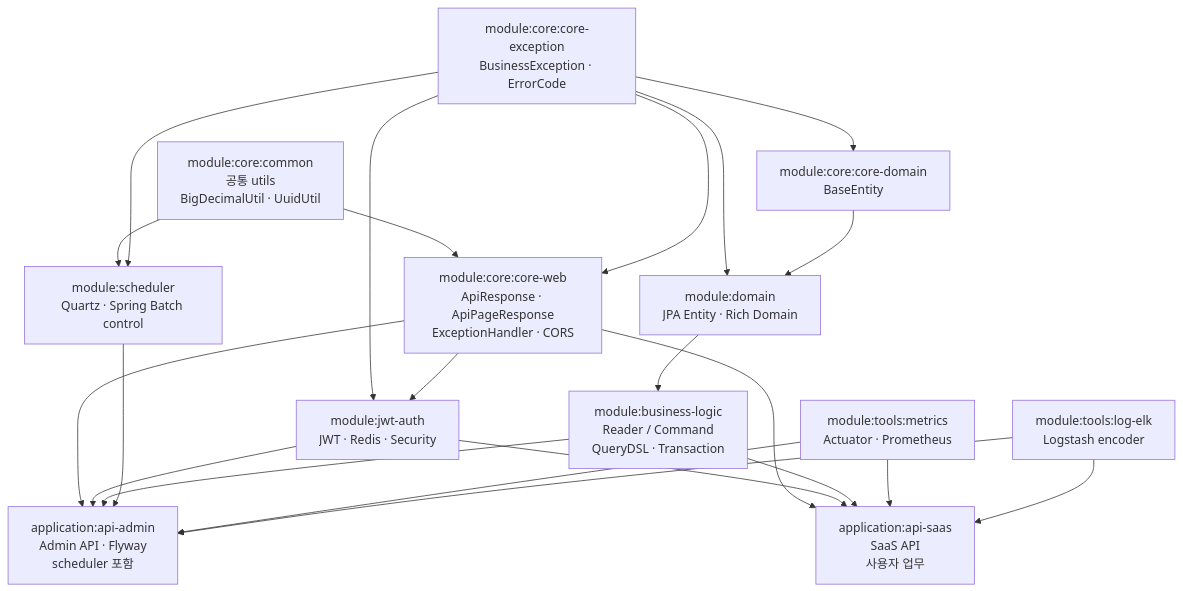
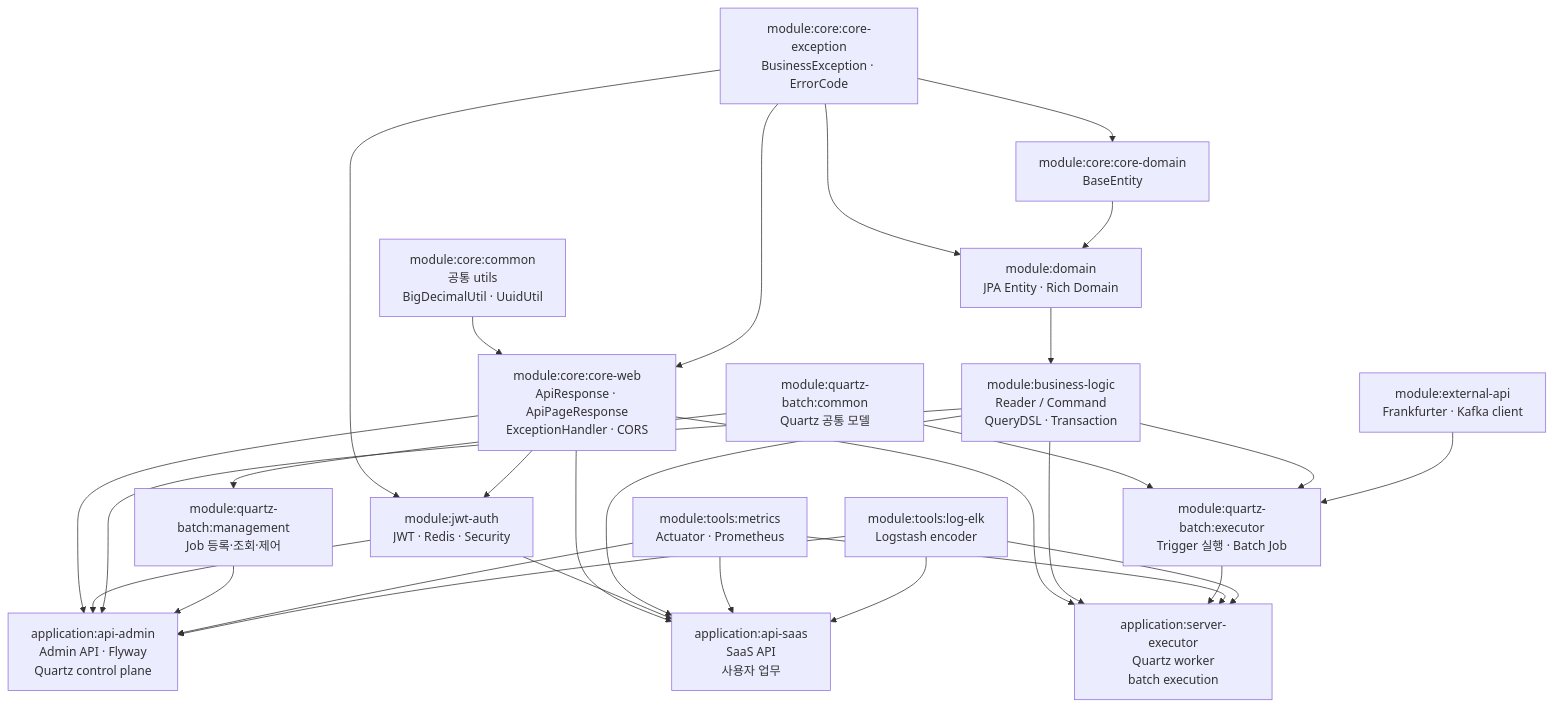
The diagram in core-banking/README.md (wantedhooni/portfolio), drawn with Mermaid before and after one commit. The commit also changed other lines of this file and 3 other files, not shown here.

````diff
--- a/core-banking/README.md
+++ b/core-banking/README.md
@@ -130,39 +138,51 @@
 ```mermaid
 flowchart TD
     common["module:core:common<br/>공통 utils<br/>BigDecimalUtil · UuidUtil"]
     exception["module:core:core-exception<br/>BusinessException · ErrorCode"]
     coreDomain["module:core:core-domain<br/>BaseEntity"]
     web["module:core:core-web<br/>ApiResponse · ApiPageResponse<br/>ExceptionHandler · CORS"]
     domain["module:domain<br/>JPA Entity · Rich Domain"]
     logic["module:business-logic<br/>Reader / Command<br/>QueryDSL · Transaction"]
     jwt["module:jwt-auth<br/>JWT · Redis · Security"]
-    scheduler["module:scheduler<br/>Quartz · Spring Batch control"]
+    quartzCommon["module:quartz-batch:common<br/>Quartz 공통 모델"]
+    quartzMgmt["module:quartz-batch:management<br/>Job 등록·조회·제어"]
+    quartzExec["module:quartz-batch:executor<br/>Trigger 실행 · Batch Job"]
+    external["module:external-api<br/>Frankfurter · Kafka client"]
     metrics["module:tools:metrics<br/>Actuator · Prometheus"]
     logelk["module:tools:log-elk<br/>Logstash encoder"]
-    admin["application:api-admin<br/>Admin API · Flyway<br/>scheduler 포함"]
+    admin["application:api-admin<br/>Admin API · Flyway<br/>Quartz control plane"]
     saas["application:api-saas<br/>SaaS API<br/>사용자 업무"]
+    executor["application:server-executor<br/>Quartz worker<br/>batch execution"]
 
     common --> web
     exception --> web
     exception --> coreDomain
     exception --> domain
     coreDomain --> domain
     domain --> logic
     exception --> jwt
     web --> jwt
-    common --> scheduler
-    exception --> scheduler
+    quartzCommon --> quartzMgmt
+    quartzCommon --> quartzExec
+    logic --> quartzExec
+    external --> quartzExec
 
     web --> admin
     jwt --> admin
     logic --> admin
-    scheduler --> admin
+    quartzMgmt --> admin
     metrics --> admin
     logelk --> admin
+
+    web --> executor
+    logic --> executor
+    quartzExec --> executor
+    metrics --> executor
+    logelk --> executor
 
     web --> saas
     jwt --> saas
     logic --> saas
     metrics --> saas
     logelk --> saas
 ```
````
